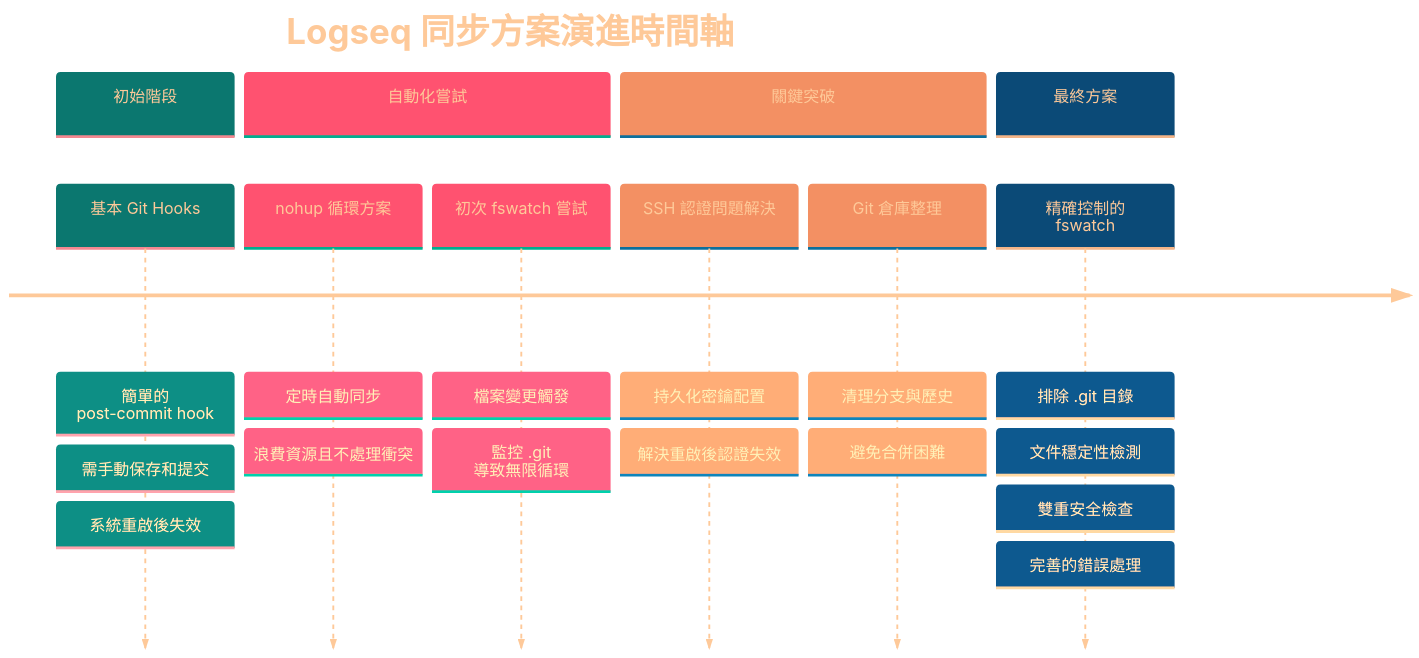
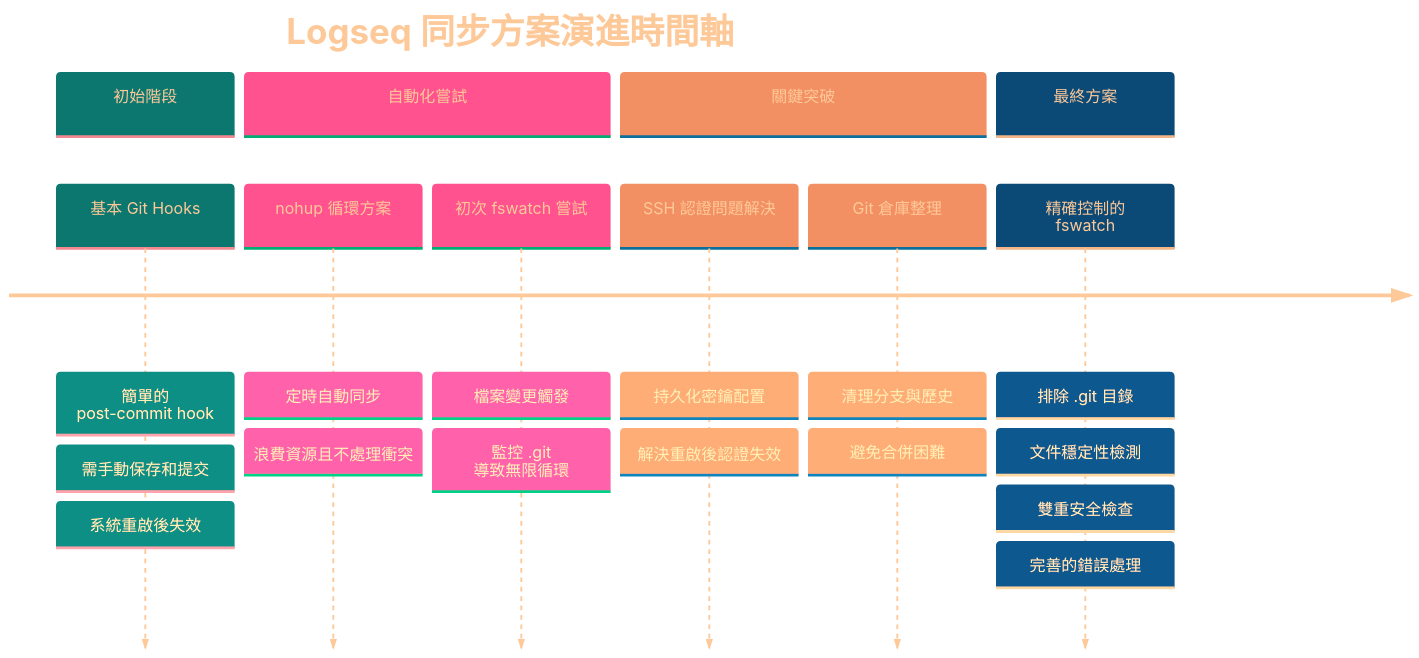
The first of 2 diagrams in Logseq同步方案演進記錄.md (GengGeng026/Sync-Logseq), drawn with Mermaid before and after one commit.

Commit message:
Auto saved by Logseq

````diff
--- a/Logseq同步方案演進記錄.md
+++ b/Logseq同步方案演進記錄.md
@@ -24,38 +24,38 @@
 ```mermaid
 %%{init: {
   'theme': 'base', 
   'themeVariables': {
     'primaryTextColor': '#FEC999',
     'primaryColor': '#19E9D9',
-    'secondaryColor': '#FFD1D9',
+    'secondaryColor': '#FFD1E1',
     'tertiaryColor': '#FCE4D9',
     'primaryBorderColor': '#A9D9D9',
     'background': 'transparent',
     'clusterBkg': 'transparent',
     'fontFamily': 'default',
     'fontSize': '17px',
     'fontWeight': 'normal'
   }
 }}%%
 timeline
     title Logseq 同步方案演進時間軸
     section 初始階段
         基本 Git Hooks : 簡單的 post-commit hook
         : 需手動保存和提交
         : 系統重啟後失效
     section 自動化嘗試
         nohup 循環方案 : 定時自動同步
         : 浪費資源且不處理衝突
         初次 fswatch 嘗試 : 檔案變更觸發
         : 監控 .git 導致無限循環
     section 關鍵突破
         SSH 認證問題解決 : 持久化密鑰配置
         : 解決重啟後認證失效
         Git 倉庫整理 : 清理分支與歷史
         : 避免合併困難
     section 最終方案
         精確控制的 fswatch : 排除 .git 目錄
         : 文件穩定性檢測
         : 雙重安全檢查
         : 完善的錯誤處理
 ```
````
